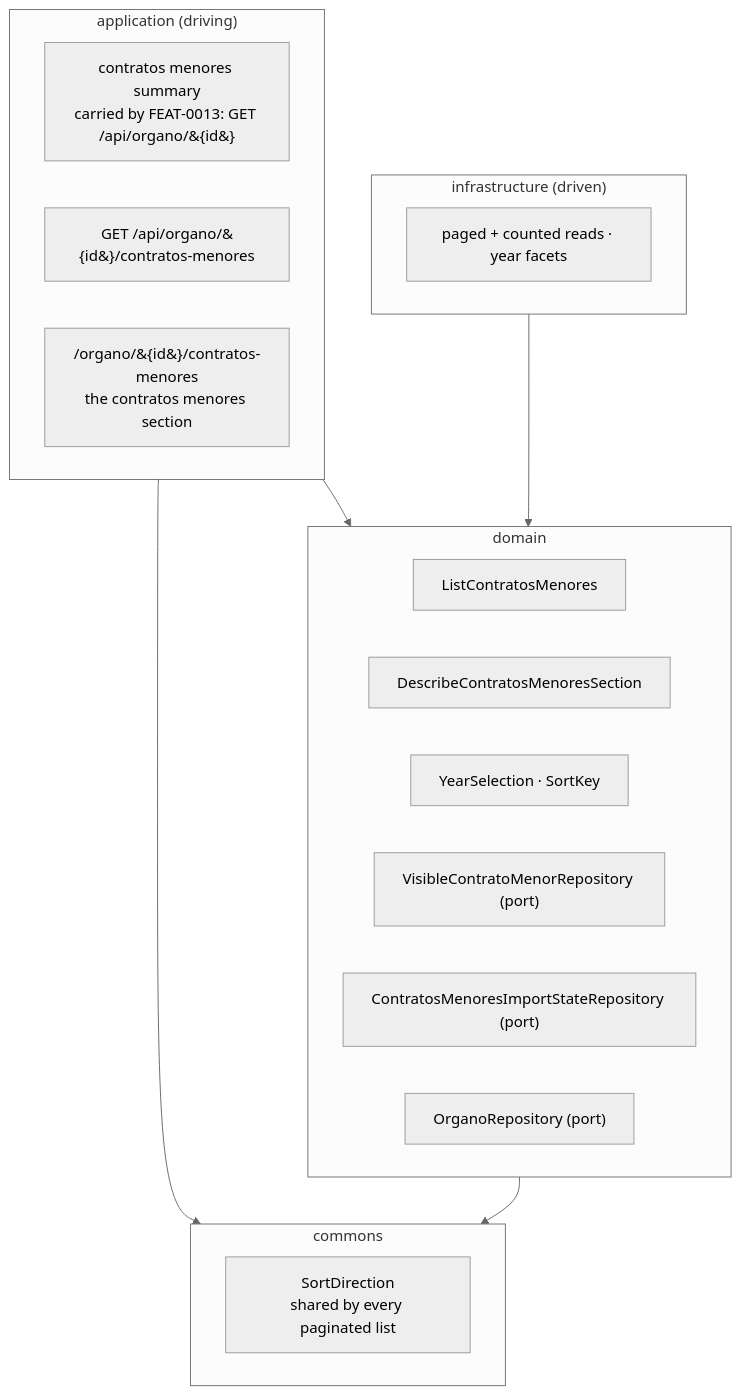
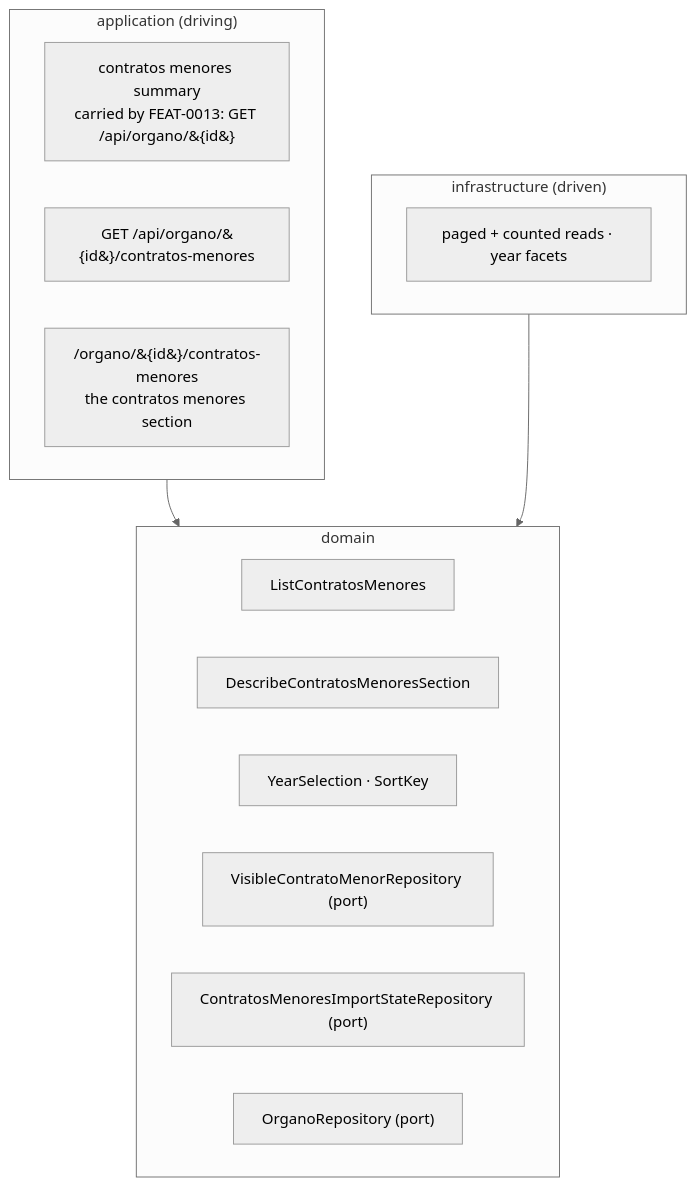
Before and after one commit to earelin/conxugal: the diagram in docs/features/FEAT-0011-contratos-menores-browsing/README.md, drawn with Mermaid (neutral theme). The commit also changed other lines of this file and 11 other files, not shown here.

````diff
--- a/docs/features/FEAT-0011-contratos-menores-browsing/README.md
+++ b/docs/features/FEAT-0011-contratos-menores-browsing/README.md
@@ -137,30 +137,24 @@
 ```mermaid
 flowchart TB
     subgraph application["application (driving)"]
         direction LR
         summaryPort["contratos menores summary<br/>carried by FEAT-0013: GET /api/organo/&#123;id&#125;"]
         listApi["GET /api/organo/&#123;id&#125;/contratos-menores"]
         sectionUi["/organo/&#123;id&#125;/contratos-menores<br/>the contratos menores section"]
     end
     subgraph domain["domain"]
         direction LR
         listUc["ListContratosMenores"]
         resumoUc["DescribeContratosMenoresSection"]
         selection["YearSelection · SortKey"]
         contratoRepo["VisibleContratoMenorRepository (port)"]
         stateRepo["ContratosMenoresImportStateRepository (port)"]
         organoRepo["OrganoRepository (port)"]
     end
     subgraph infrastructure["infrastructure (driven)"]
         direction LR
         jdbcReads["paged + counted reads · year facets"]
     end
-    subgraph commons["commons"]
-        direction LR
-        sortDirection["SortDirection<br/>shared by every paginated list"]
-    end
     application --> domain
     infrastructure --> domain
-    application --> commons
-    domain --> commons
 ```
````
